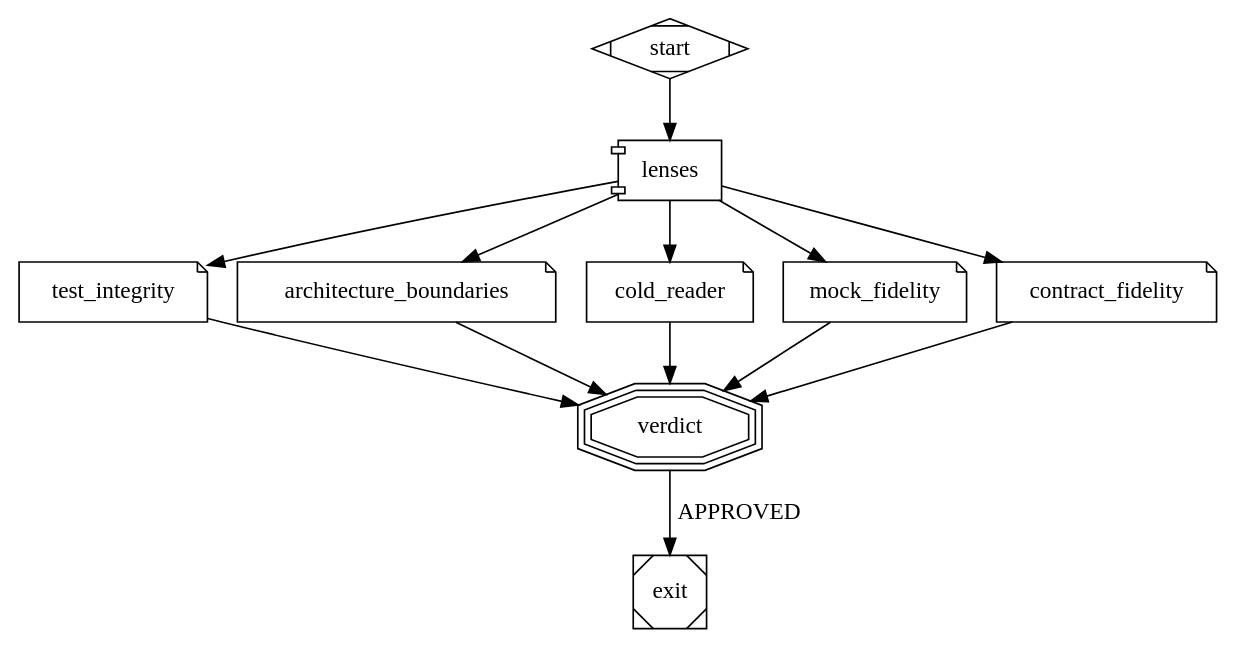
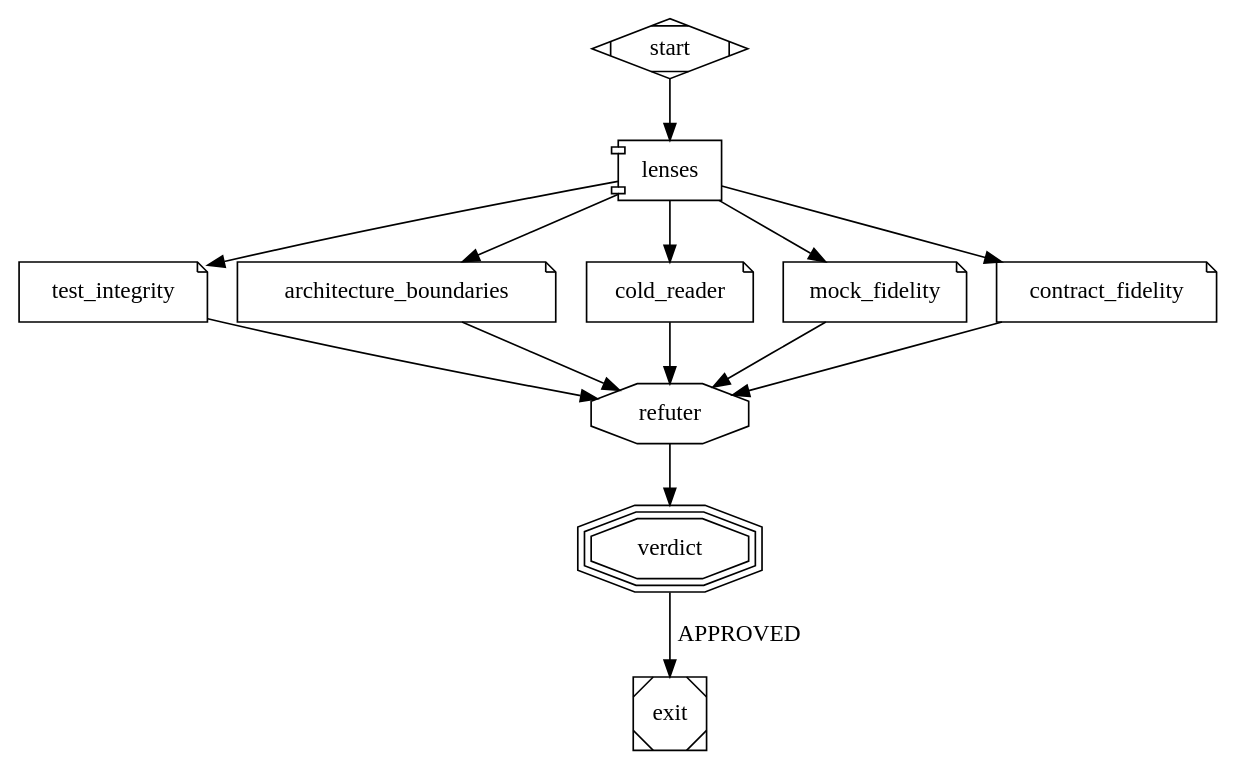
Before and after one commit to SebastienDegodez/skraft-plugin: the diagram in plugins/skraft-framework/workflows/review.skraft.dot, drawn with Graphviz. The commit also changed 20 other files, not shown here.

First line of the commit message:
feat(engine): declare the refuter as a mandatory node of every review

```diff
--- a/plugins/skraft-framework/workflows/review.skraft.dot
+++ b/plugins/skraft-framework/workflows/review.skraft.dot
@@ -1,28 +1,32 @@
 // The review skraft runs on a story's changes in DELIVER (the call deliver_review of pipeline.skraft.dot) and on a pull
 // request. Copy it into .skraft/review.skraft.dot with `skraft workflow eject review`, then add lenses; every call to
 // review runs the copy. It reads only its inputs, never a run's journal: base and head
 // bound the changes, story and documents tell what they are for, components how each one is built and tested.
-// A called workflow runs one review: start -> fan-out -> one lens node per branch -> fan-in -> exit; the calling node
-// carries NEEDS_REWORK and max_visits. A node marked mandatory=true can never be dropped, bypassed or weakened,
+// A called workflow runs one review: start -> fan-out -> one lens node per branch -> refuter -> fan-in -> exit; the
+// calling node carries NEEDS_REWORK and max_visits. The refuter (shape=octagon) is finding-refuter: it checks each
+// blocker, high and medium finding of the lenses before the fan-in counts it, one tier above the strongest lens it
+// checks unless the fan-in names its family with refuter=. A node marked mandatory=true can never be dropped, bypassed or weakened,
 // whatever the copy says.
 digraph review {
   graph [version="2", goal="Review the changes", input_base="required", input_head="required", input_story="optional", input_documents="optional", input_components="optional"]
 
   start  [shape=Mdiamond]
   lenses [shape=component]
   test_integrity          [shape=note, lens="test-integrity", mandatory=true]
   architecture_boundaries [shape=note, lens="architecture-boundaries", mandatory=true]
   cold_reader             [shape=note, lens="cold-reader"]
   mock_fidelity           [shape=note, lens="mock-fidelity", when="mock"]
   contract_fidelity       [shape=note, lens="contract-fidelity", when="contract"]
+  refuter [shape=octagon, mandatory=true]
   verdict [shape=tripleoctagon, mandatory=true]
   exit   [shape=Msquare]
 
   start -> lenses
-  lenses -> test_integrity -> verdict
-  lenses -> architecture_boundaries -> verdict
-  lenses -> cold_reader -> verdict
-  lenses -> mock_fidelity -> verdict
-  lenses -> contract_fidelity -> verdict
+  lenses -> test_integrity -> refuter
+  lenses -> architecture_boundaries -> refuter
+  lenses -> cold_reader -> refuter
+  lenses -> mock_fidelity -> refuter
+  lenses -> contract_fidelity -> refuter
+  refuter -> verdict
   verdict -> exit [label="APPROVED"]
 }
```
